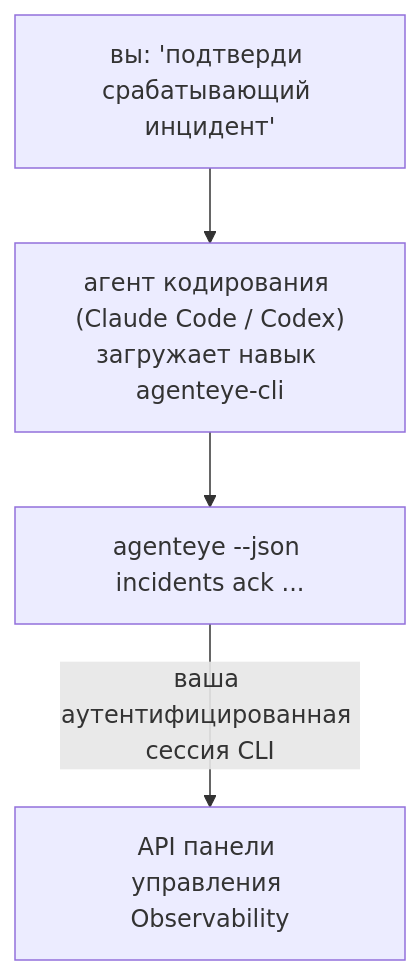
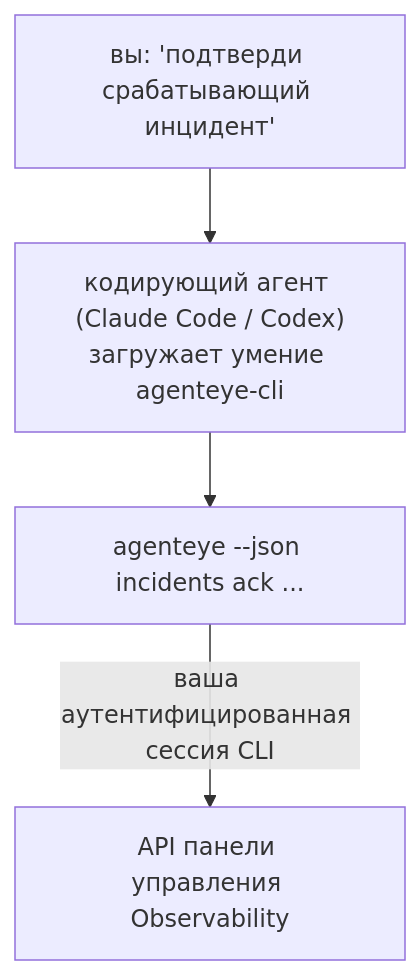
One commit to FailproofAI/failproofai changed the diagram in docs/ru/agenteye/cli-skill.mdx. Above: the diagram before and after it, drawn with Mermaid. The commit also changed other lines of this file and 650 other files, not shown here.

````diff
--- a/docs/ru/agenteye/cli-skill.mdx
+++ b/docs/ru/agenteye/cli-skill.mdx
@@ -29,6 +28,6 @@
 ```mermaid
 flowchart TD
-    YOU["вы: 'подтверди срабатывающий инцидент'"] --> AGENT["агент кодирования (Claude Code / Codex)<br/>загружает навык agenteye-cli"]
+    YOU["вы: 'подтверди срабатывающий инцидент'"] --> AGENT["кодирующий агент (Claude Code / Codex)<br/>загружает умение agenteye-cli"]
     AGENT --> CLI["agenteye --json incidents ack ..."]
     CLI -->|ваша аутентифицированная сессия CLI| API["API панели управления Observability"]
 ```
````
